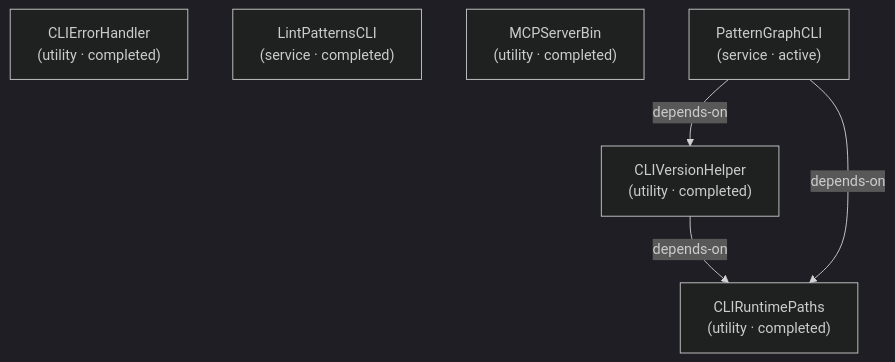
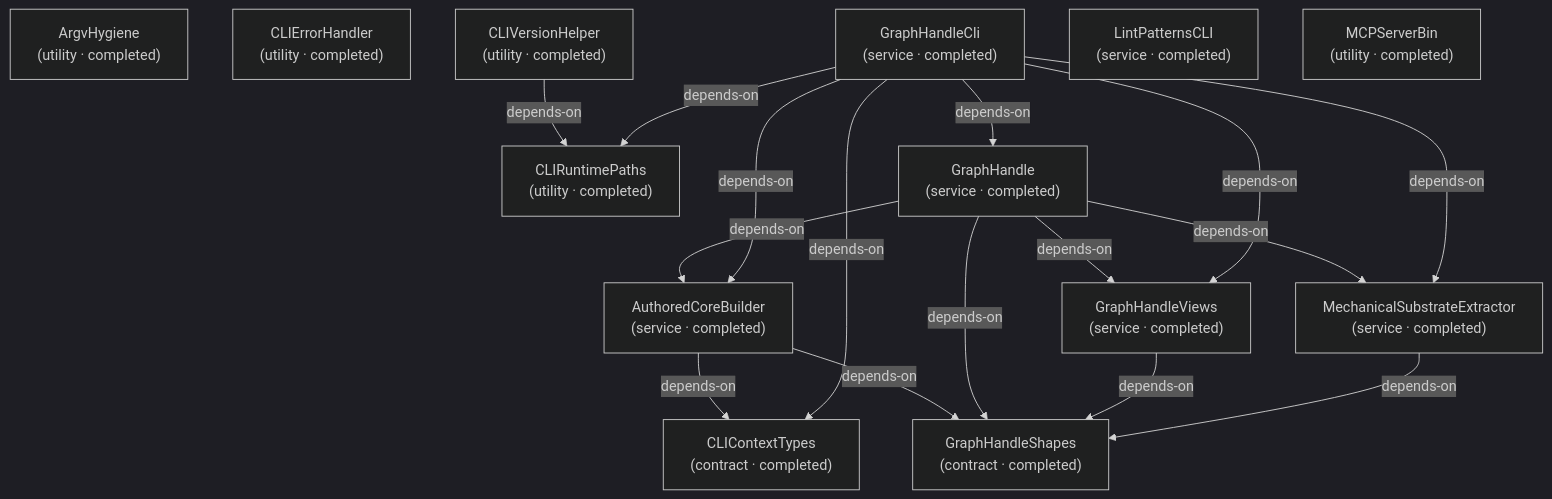
The fourth of 25 diagrams in docs-live/DESIGN-REVIEW.md (libar-dev/architect), drawn with Mermaid (dark theme) before and after one commit. The commit also changed other lines of this file and 21 other files, not shown here.

First line of the commit message:
docs(live): regenerate docs-live from the reshaped graph

````diff
--- a/docs-live/DESIGN-REVIEW.md
+++ b/docs-live/DESIGN-REVIEW.md
@@ -121,12 +163,31 @@
 ```mermaid
 graph TD
+  argvhygiene["ArgvHygiene<br/>(utility · completed)"]
+  authoredcorebuilder["AuthoredCoreBuilder<br/>(service · completed)"]
+  clicontexttypes["CLIContextTypes<br/>(contract · completed)"]
   clierrorhandler["CLIErrorHandler<br/>(utility · completed)"]
   cliruntimepaths["CLIRuntimePaths<br/>(utility · completed)"]
   cliversionhelper["CLIVersionHelper<br/>(utility · completed)"]
+  graphhandle["GraphHandle<br/>(service · completed)"]
+  graphhandlecli["GraphHandleCli<br/>(service · completed)"]
+  graphhandleshapes["GraphHandleShapes<br/>(contract · completed)"]
+  graphhandleviews["GraphHandleViews<br/>(service · completed)"]
   lintpatternscli["LintPatternsCLI<br/>(service · completed)"]
   mcpserverbin["MCPServerBin<br/>(utility · completed)"]
-  patterngraphcli["PatternGraphCLI<br/>(service · active)"]
+  mechanicalsubstrateextractor["MechanicalSubstrateExtractor<br/>(service · completed)"]
+  authoredcorebuilder -->|depends-on| clicontexttypes
+  authoredcorebuilder -->|depends-on| graphhandleshapes
   cliversionhelper -->|depends-on| cliruntimepaths
-  patterngraphcli -->|depends-on| cliruntimepaths
-  patterngraphcli -->|depends-on| cliversionhelper
+  graphhandle -->|depends-on| authoredcorebuilder
+  graphhandle -->|depends-on| graphhandleshapes
+  graphhandle -->|depends-on| graphhandleviews
+  graphhandle -->|depends-on| mechanicalsubstrateextractor
+  graphhandlecli -->|depends-on| authoredcorebuilder
+  graphhandlecli -->|depends-on| clicontexttypes
+  graphhandlecli -->|depends-on| cliruntimepaths
+  graphhandlecli -->|depends-on| graphhandle
+  graphhandlecli -->|depends-on| graphhandleviews
+  graphhandlecli -->|depends-on| mechanicalsubstrateextractor
+  graphhandleviews -->|depends-on| graphhandleshapes
+  mechanicalsubstrateextractor -->|depends-on| graphhandleshapes
 ```
````
